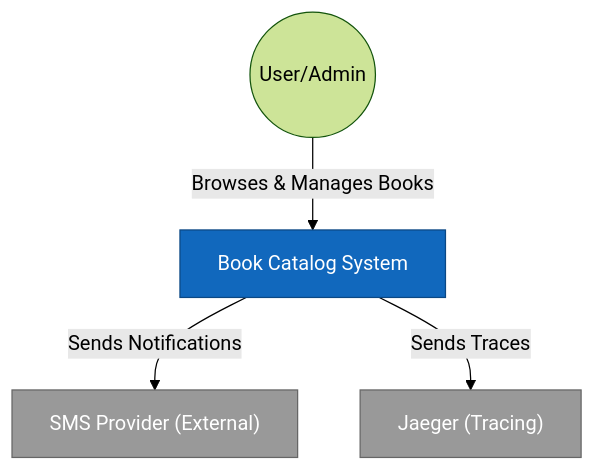
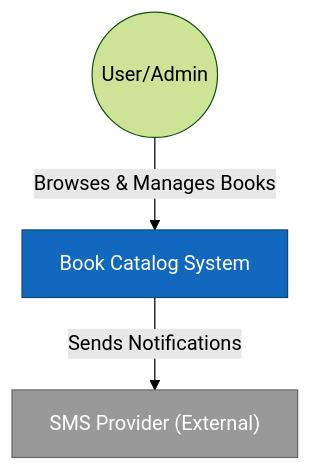
One commit to WarLikeLaux/yii2-book-catalog changed the first of 3 diagrams in docs/ARCHITECTURE.md. Above: the diagram before and after it, drawn with Mermaid (forest theme). The commit also changed other lines of this file and 8 other files, not shown here.

Commit message:
#41 - updated documentation: removed Jaeger/OpenTelemetry/tracing references from ARCHITECTURE, README, COMPARISON, learning docs, deptrac

````diff
--- a/docs/ARCHITECTURE.md
+++ b/docs/ARCHITECTURE.md
@@ -67,15 +67,12 @@
 ```mermaid
 graph TD
     User((User/Admin))
     System[Book Catalog System]
     SMS["SMS Provider (External)"]
-    Jaeger["Jaeger (Tracing)"]
 
     User -- "Browses & Manages Books" --> System
     System -- "Sends Notifications" --> SMS
-    System -- "Sends Traces" --> Jaeger
 
     style System fill:#1168bd,stroke:#0b4884,color:#ffffff
     style SMS fill:#999999,stroke:#666666,color:#ffffff
-    style Jaeger fill:#999999,stroke:#666666,color:#ffffff
 ```
````
